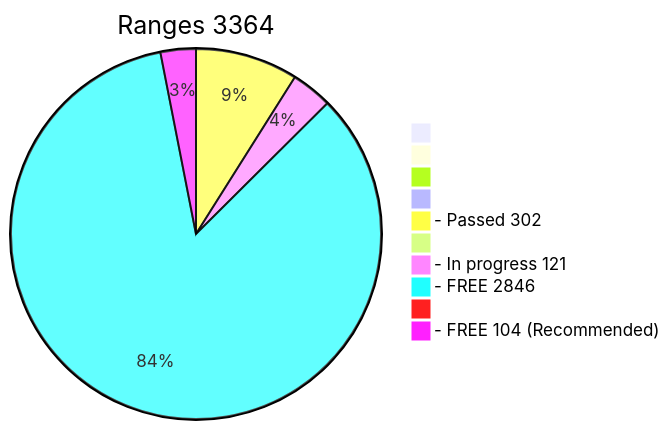
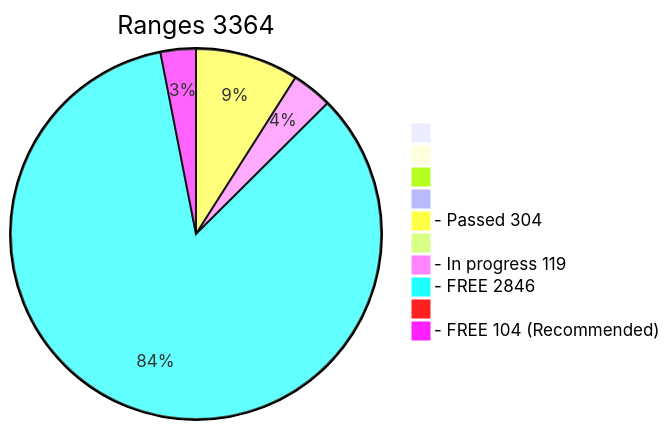
One commit to phrutis/wif500 changed the diagram in x64/Release/table.md. Above: the diagram before and after it, drawn with Mermaid. The commit also changed other lines of this file, not shown here.

````diff
--- a/x64/Release/table.md
+++ b/x64/Release/table.md
@@ -2,13 +2,13 @@
 ```mermaid
 pie title Ranges 3364
   " " : 0
   "  " : 0
   "   " : 0
   "    " : 0
-  "- Passed 302" : 302
+  "- Passed 304" : 304
   "     " : 0
-  "- In progress 121" : 121
+  "- In progress 119" : 119
   "- FREE 2846" : 2846
   "      " : 0
   "- FREE 104 (Recommended)" : 104
 ```
````
